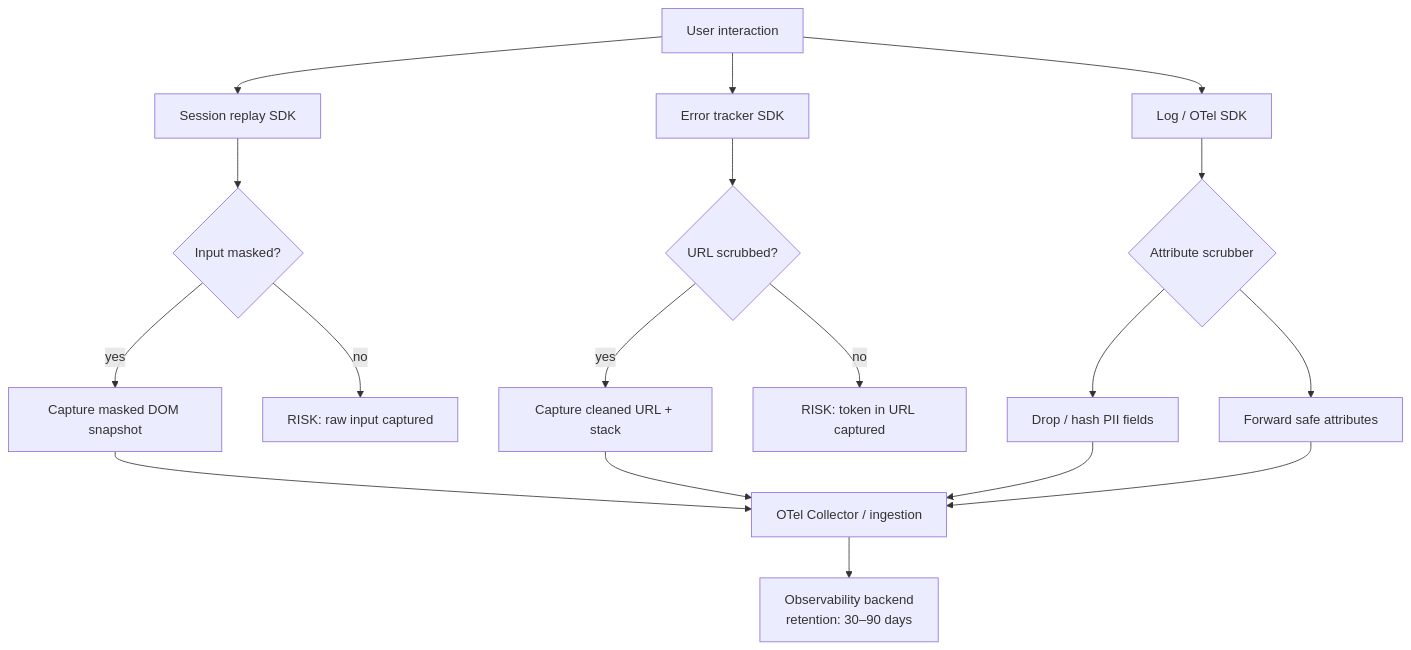
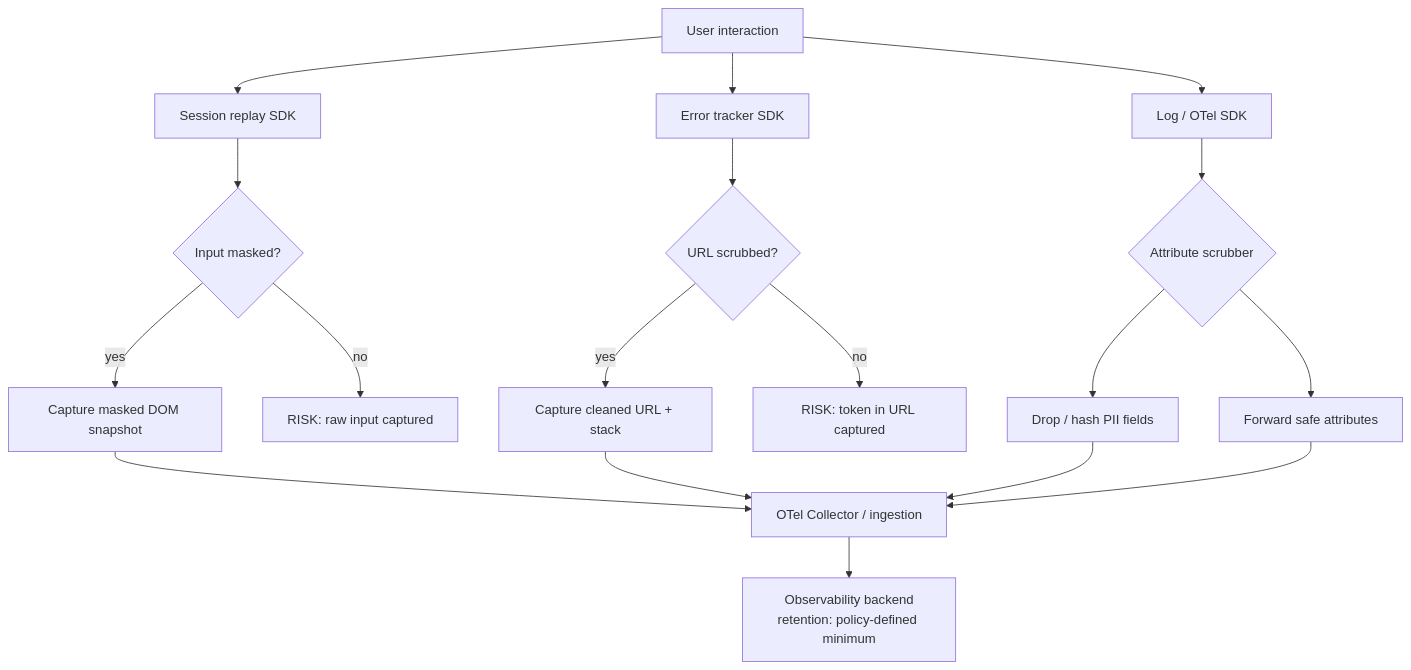
One commit to alivedise/frontend-engineering-essentials changed the diagram in docs/en/Observability and Error Tracking/1409.md. Above: the diagram before and after it, drawn with Mermaid. The commit also changed other lines of this file and 1 other file, not shown here.

Commit message:
docs(observability): harden FEE-1409 privacy observability (policy-dependent retention, vendor-neutral)

````diff
--- a/docs/en/Observability and Error Tracking/1409.md
+++ b/docs/en/Observability and Error Tracking/1409.md
@@ -231,24 +28,24 @@
 ```mermaid
 flowchart TD
     A[User interaction] --> B[Session replay SDK]
     A --> C[Error tracker SDK]
     A --> D[Log / OTel SDK]
 
     B --> E{Input masked?}
     E -->|yes| F[Capture masked DOM snapshot]
     E -->|no| G[RISK: raw input captured]
 
     C --> H{URL scrubbed?}
     H -->|yes| I[Capture cleaned URL + stack]
     H -->|no| J[RISK: token in URL captured]
 
     D --> K{Attribute scrubber}
     K --> L[Drop / hash PII fields]
     K --> M[Forward safe attributes]
 
     F --> N[OTel Collector / ingestion]
     I --> N
     L --> N
     M --> N
-    N --> O[Observability backend\nretention: 30–90 days]
+    N --> O[Observability backend\nretention: policy-defined minimum]
 ```
````
